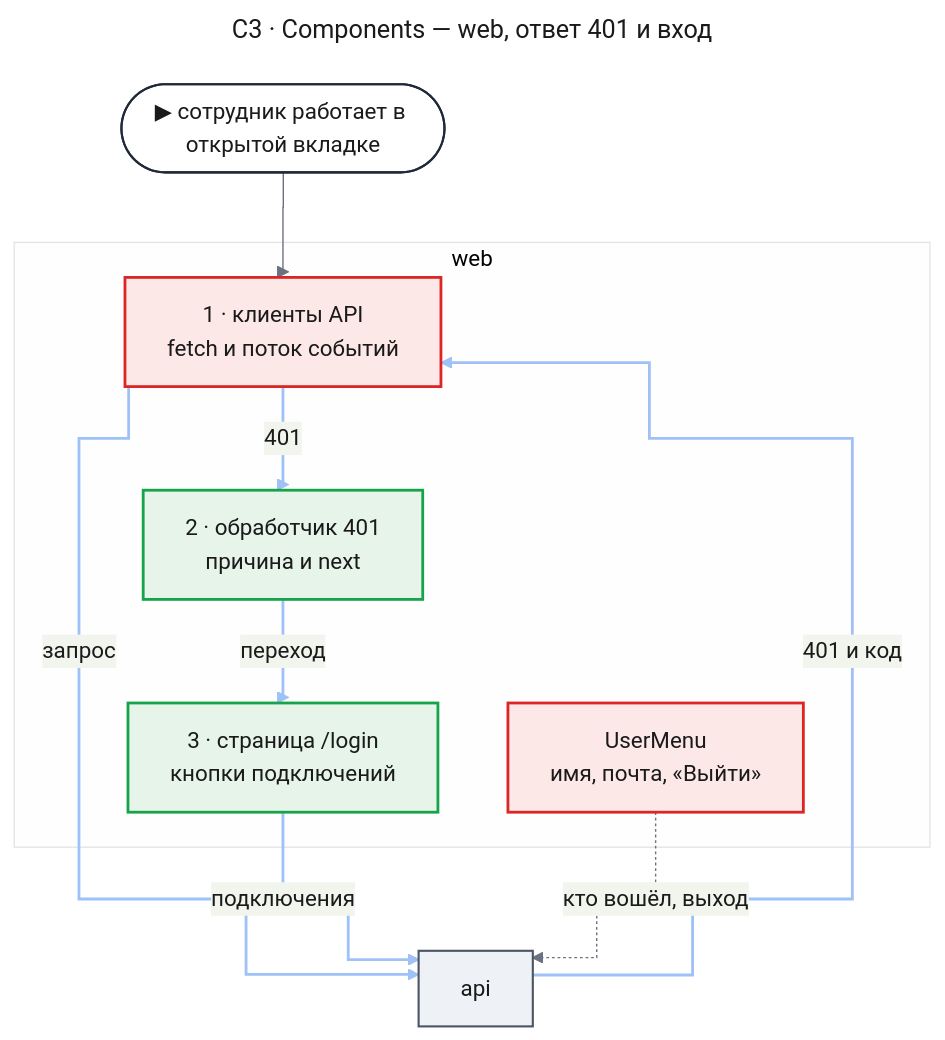
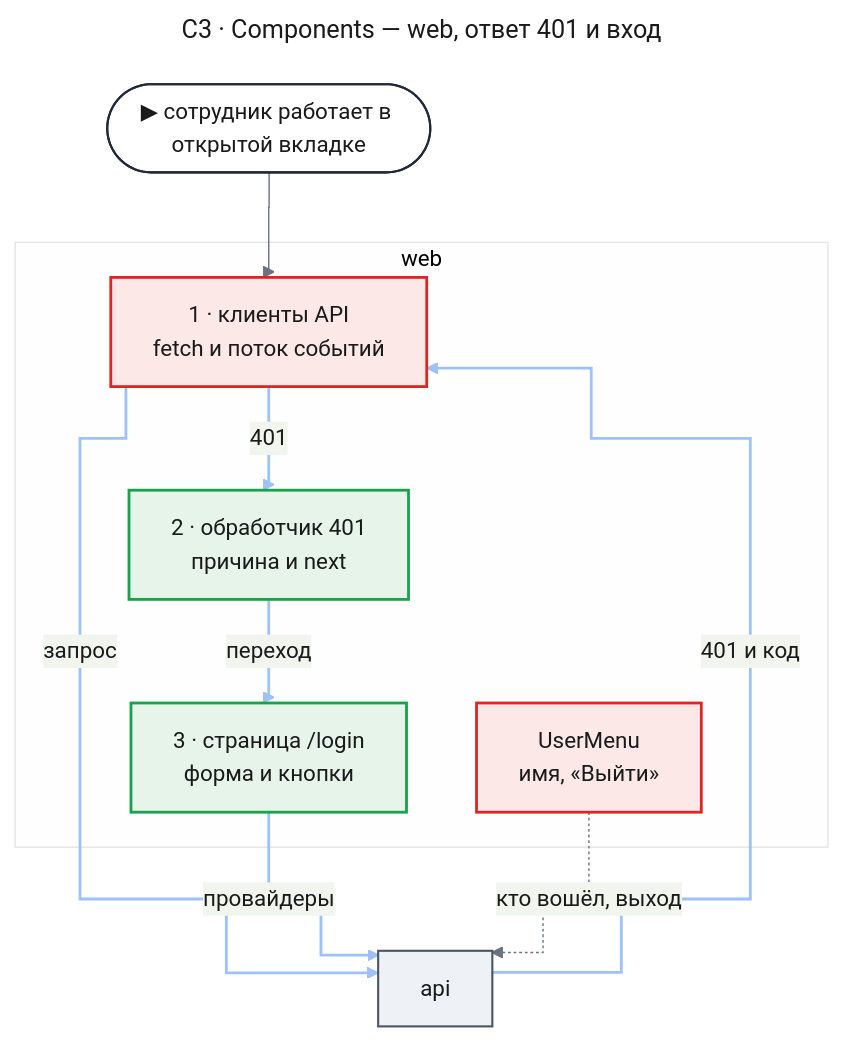
One commit to tundraray/agent-os changed the fifth of 10 diagrams in docs/features/enterprise-access/design-identity.md. Above: the diagram before and after it, drawn with Mermaid. The commit also changed other lines of this file and 4 other files, not shown here.

````diff
--- a/docs/features/enterprise-access/design-identity.md
+++ b/docs/features/enterprise-access/design-identity.md
@@ -456,51 +462,51 @@
 ```mermaid
 ---
 title: "C3 · Components — web, ответ 401 и вход"
 config:
   theme: base
   look: classic
   themeVariables:
     primaryColor: "#eef1f5"
     primaryBorderColor: "#4b5563"
     primaryTextColor: "#1a1a1a"
     lineColor: "#6b7280"
   flowchart:
     curve: step
   themeCSS: |
     @keyframes litr_c3w{0%,18%{stroke:#1d4ed8;stroke-width:6px}20%,100%{stroke:#9ec1f7;stroke-width:2px}}
 ---
 flowchart TB
     entry(["▶ сотрудник работает в открытой вкладке"])
     subgraph web["web"]
         client["1 · клиенты API<br/>fetch и поток событий"]
         expired["2 · обработчик 401<br/>причина и next"]
-        login["3 · страница /login<br/>кнопки подключений"]
-        menu["UserMenu<br/>имя, почта, «Выйти»"]
+        login["3 · страница /login<br/>форма и кнопки"]
+        menu["UserMenu<br/>имя, «Выйти»"]
     end
     api["api"]
     entry --> client
     client e1@-->|"запрос"| api
     api e2@-->|"401 и код"| client
     client e3@-->|"401"| expired
     expired e4@-->|"переход"| login
-    login e5@-->|"подключения"| api
+    login e5@-->|"провайдеры"| api
     menu -.->|"кто вошёл, выход"| api
     classDef entry fill:#ffffff,stroke:#1f2937,stroke-width:1.5px,color:#1a1a1a
     classDef changed fill:#fde8e8,stroke:#dc2626,stroke-width:2px,color:#1a1a1a
     classDef new fill:#e6f4ea,stroke:#16a34a,stroke-width:2px,color:#1a1a1a
     classDef unchanged fill:#eef1f5,stroke:#4b5563,stroke-width:1.5px,color:#1a1a1a
     classDef r1 stroke:#9ec1f7,stroke-width:2px,animation:litr_c3w 6s linear 0s infinite
     classDef r2 stroke:#9ec1f7,stroke-width:2px,animation:litr_c3w 6s linear 1.2s infinite
     classDef r3 stroke:#9ec1f7,stroke-width:2px,animation:litr_c3w 6s linear 2.4s infinite
     classDef r4 stroke:#9ec1f7,stroke-width:2px,animation:litr_c3w 6s linear 3.6s infinite
     classDef r5 stroke:#9ec1f7,stroke-width:2px,animation:litr_c3w 6s linear 4.8s infinite
     class entry entry
     class client,menu changed
     class expired,login new
     class api unchanged
     class e1 r1
     class e2 r2
     class e3 r3
     class e4 r4
     class e5 r5
 ```
````
